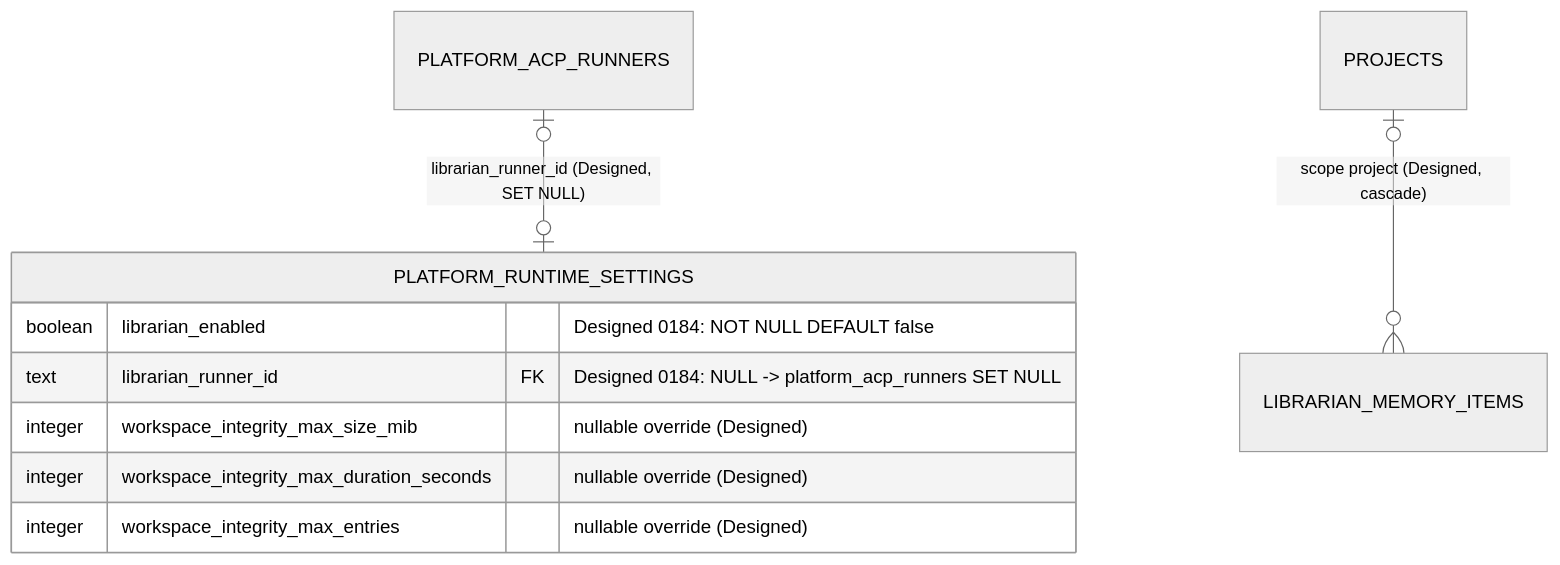
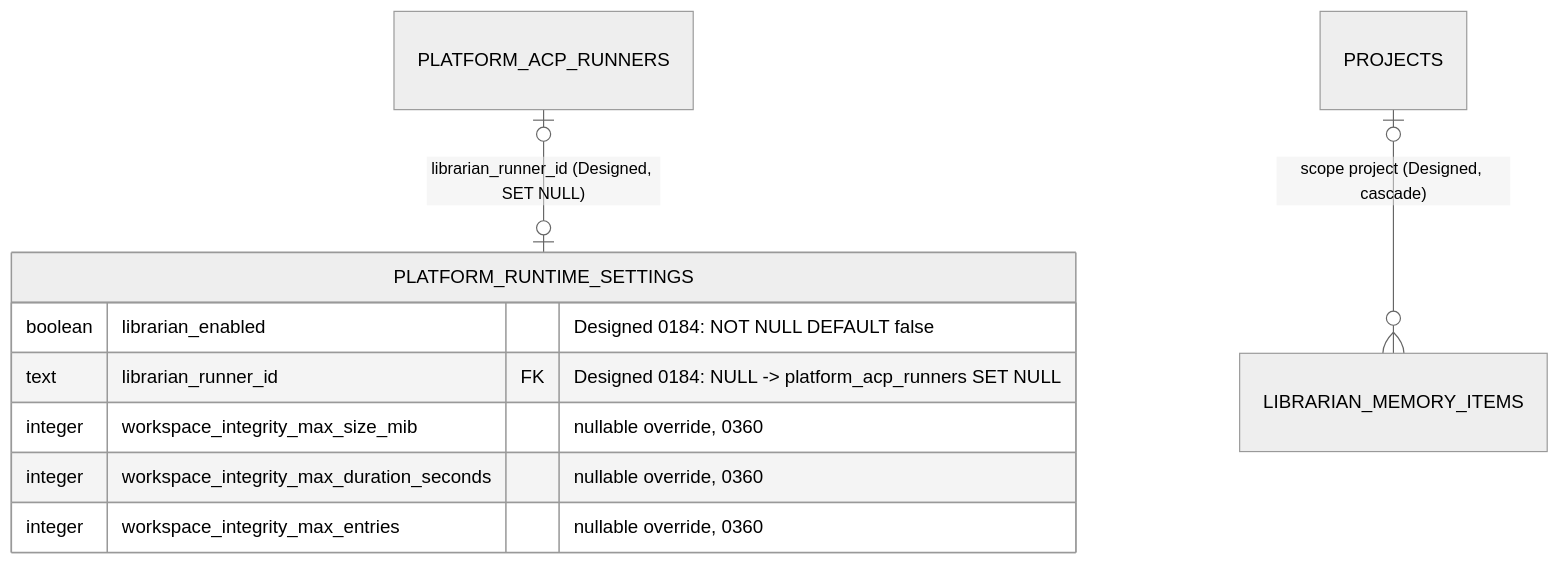
One commit to maister-dev/maister changed the third of 4 diagrams in docs/db/projects-domain.md. Above: the diagram before and after it, drawn with Mermaid (neutral theme). The commit also changed 44 other files, not shown here.

First line of the commit message:
fix(runtime): retain workspace integrity diagnostics

````diff
--- a/docs/db/projects-domain.md
+++ b/docs/db/projects-domain.md
@@ -214,13 +214,13 @@
 ```mermaid
 erDiagram
     PLATFORM_ACP_RUNNERS |o--o| PLATFORM_RUNTIME_SETTINGS : "librarian_runner_id (Designed, SET NULL)"
     PROJECTS |o--o{ LIBRARIAN_MEMORY_ITEMS : "scope project (Designed, cascade)"
 
     PLATFORM_RUNTIME_SETTINGS {
         boolean librarian_enabled "Designed 0184: NOT NULL DEFAULT false"
         text librarian_runner_id FK "Designed 0184: NULL -> platform_acp_runners SET NULL"
-        integer workspace_integrity_max_size_mib "nullable override (Designed)"
-        integer workspace_integrity_max_duration_seconds "nullable override (Designed)"
-        integer workspace_integrity_max_entries "nullable override (Designed)"
+        integer workspace_integrity_max_size_mib "nullable override, 0360"
+        integer workspace_integrity_max_duration_seconds "nullable override, 0360"
+        integer workspace_integrity_max_entries "nullable override, 0360"
     }
 ```
````
